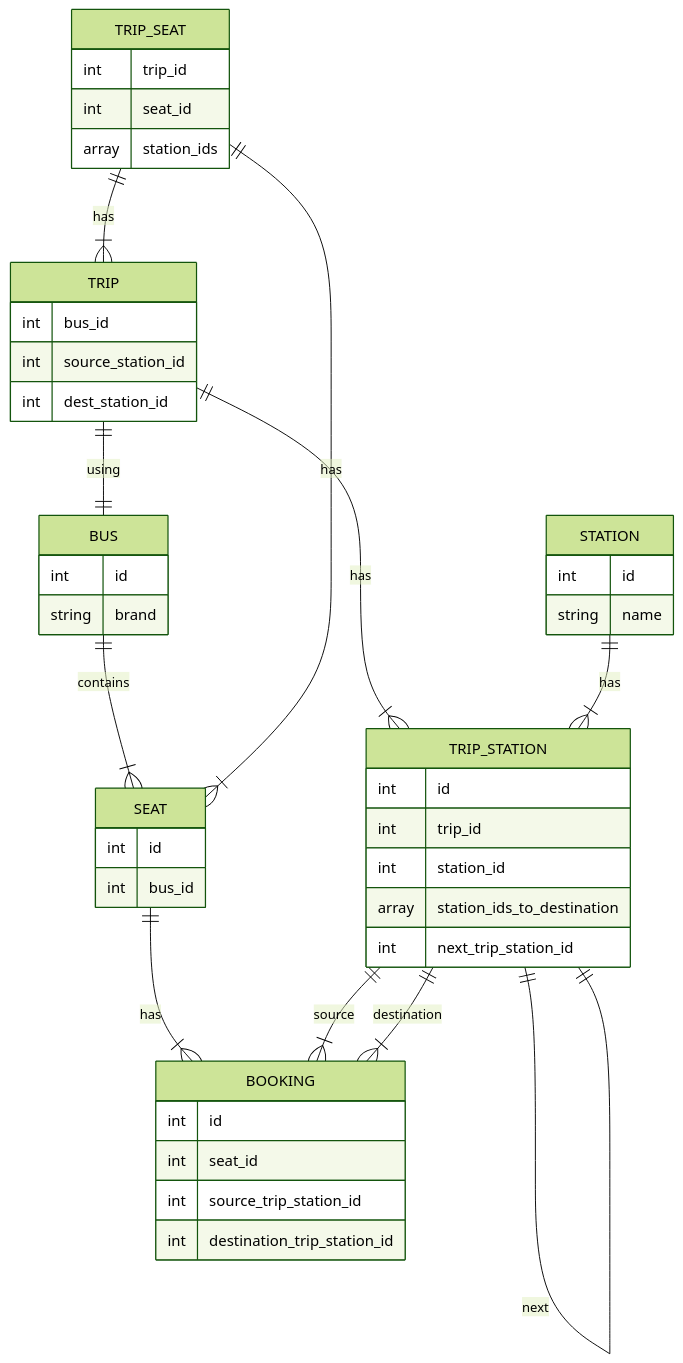
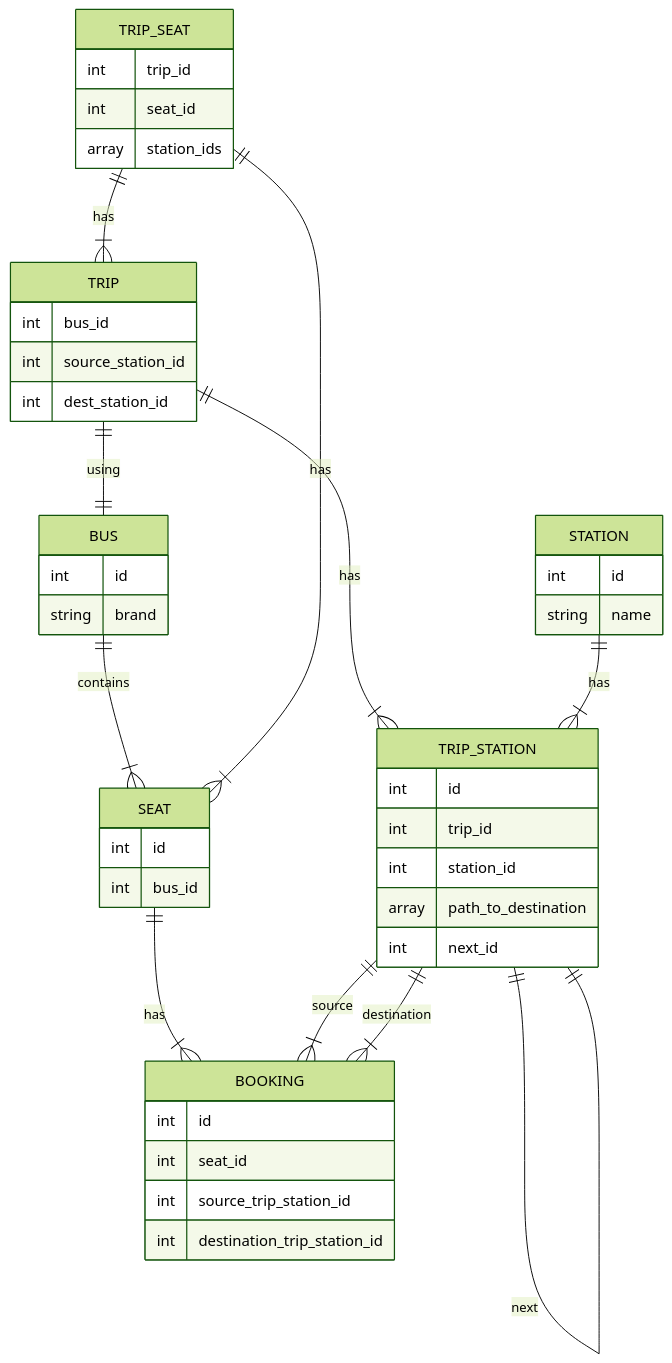
Before and after one commit to ahmedsaeedsaid/bus-booking-system: the diagram in README.md, drawn with Mermaid (forest theme). The commit also changed 60 other files, not shown here.

Commit message:
feat: generate models & factories & migrations based on db schema

````diff
--- a/README.md
+++ b/README.md
@@ -15,57 +15,57 @@
 ```mermaid
 erDiagram
 
     BUS {
         int id
         string brand
     }
     
     SEAT {
         int id
         int bus_id
     }
     
     STATION {
         int id
         string name
     }
     
     TRIP {
         int bus_id
         int source_station_id
         int dest_station_id
     }
     
     TRIP_STATION {
         int id
         int trip_id
         int station_id
-        array station_ids_to_destination
-        int next_trip_station_id
+        array path_to_destination
+        int next_id
     }
     
     TRIP_SEAT {
         int trip_id
         int seat_id
         array station_ids
     }
     
     BOOKING {
         int id
         int seat_id
         int source_trip_station_id
         int destination_trip_station_id
     }
     
     BUS ||--|{ SEAT : contains
     TRIP ||--|{ TRIP_STATION : has
     STATION ||--|{ TRIP_STATION : has
     TRIP ||--|| BUS : using
     SEAT ||--|{ BOOKING : has
     TRIP_SEAT ||--|{ TRIP : has
     TRIP_SEAT ||--|{ SEAT : has
     TRIP_STATION ||--|{ BOOKING : source
     TRIP_STATION ||--|{ BOOKING : destination
     TRIP_STATION ||--|| TRIP_STATION : next
 
 ```
````
